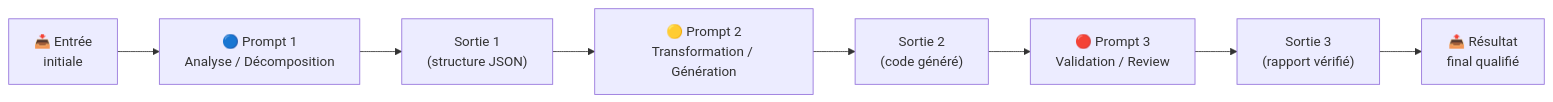
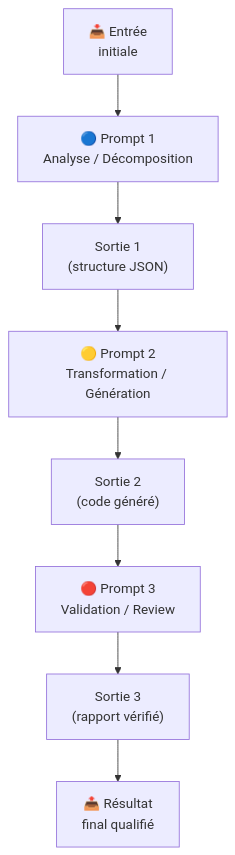
The first of 8 diagrams in docs/chapitre-4-prompt-engineering/techniques-avancees.md (FTurleque/doc-utilisation-ia), drawn with Mermaid before and after one commit. The commit also changed other lines of this file and 24 other files, not shown here.

````diff
--- a/docs/chapitre-4-prompt-engineering/techniques-avancees.md
+++ b/docs/chapitre-4-prompt-engineering/techniques-avancees.md
@@ -13,11 +13,11 @@
 ```mermaid
-graph LR
+graph TD
     INPUT["📥 Entrée\ninitiale"] --> P1["🔵 Prompt 1\nAnalyse / Décomposition"]
     P1 --> O1["Sortie 1\n(structure JSON)"]
     O1 --> P2["🟡 Prompt 2\nTransformation / Génération"]
     P2 --> O2["Sortie 2\n(code généré)"]
     O2 --> P3["🔴 Prompt 3\nValidation / Review"]
     P3 --> O3["Sortie 3\n(rapport vérifié)"]
     O3 --> OUTPUT["📤 Résultat\nfinal qualifié"]
 
 ```
````
